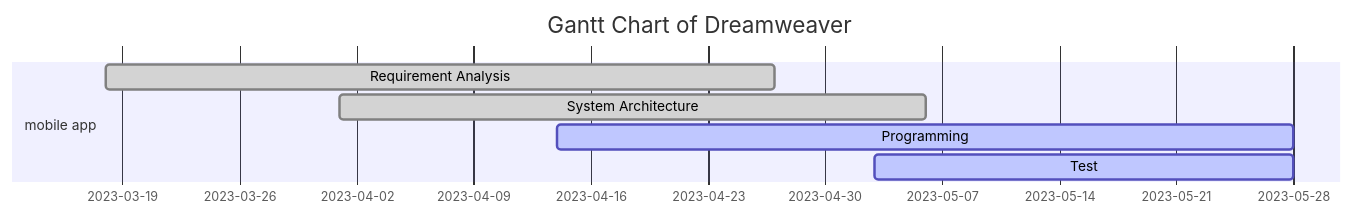
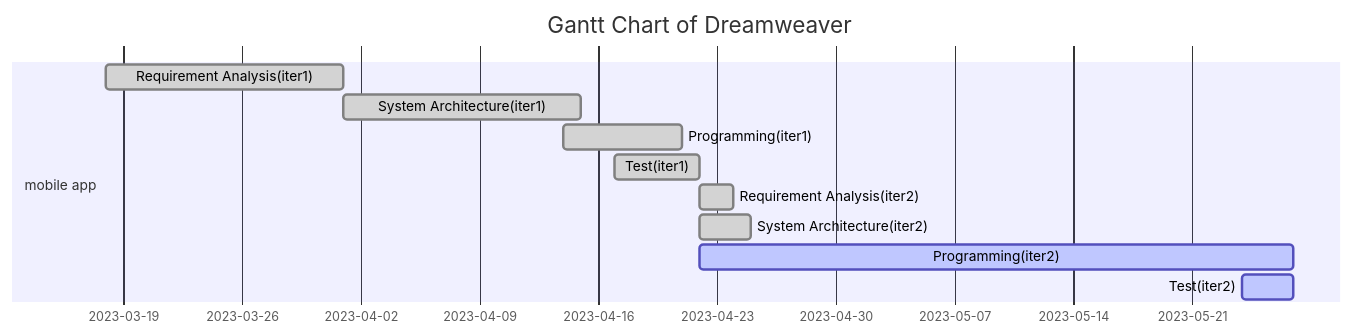
Before and after one commit to DreamweaverDSD/DSD: the diagram in README.md, drawn with Mermaid.

````diff
--- a/README.md
+++ b/README.md
@@ -66,10 +66,14 @@
 ```mermaid
 gantt
 title Gantt Chart of Dreamweaver
 dateFormat YY-MM-DD
 section mobile app
-Requirement Analysis  :done, requirement analysis, 23-03-18, 23-04-27
-System Architecture   :done, system architecture, 23-04-01, 35d
-Programming           :active, programming, 23-04-14, 44d
-Test                  :active, test, 23-05-03, 25d
+Requirement Analysis(iter1)  :done, requirement analysis, 23-03-18, 14d
+System Architecture(iter1)   :done, system architecture, 23-04-01, 14d
+Programming(iter1)           :done, programming, 23-04-14, 7d
+Test(iter1)                 :done, test, 23-04-17, 5d
+Requirement Analysis(iter2) :done, requirement analysis, 23-04-22, 2d
+System Architecture(iter2)   :done, system architecture, 23-04-22, 3d
+Programming(iter2)           :active, programming, 23-04-22, 35d
+Test(iter2)                 :active, test, 23-05-24, 3d
 ```
````
